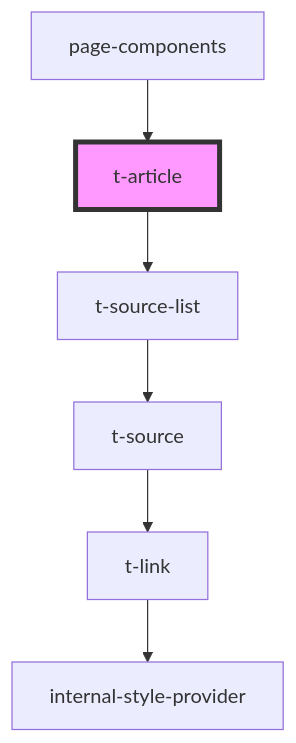
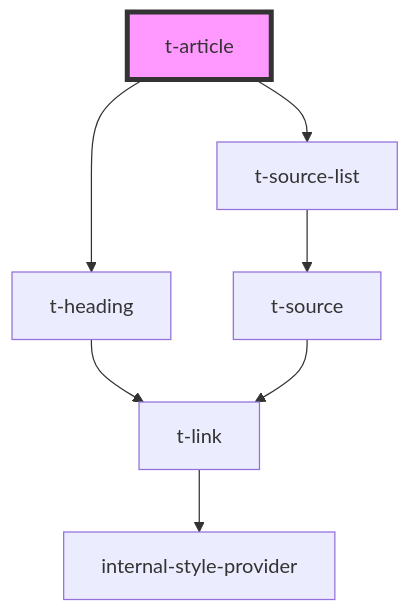
One commit to TomasEng/web-components changed the diagram in packages/t-web-components/src/components/t-article/readme.md. Above: the diagram before and after it, drawn with Mermaid. The commit also changed other lines of this file and 27 other files, not shown here.

````diff
--- a/packages/t-web-components/src/components/t-article/readme.md
+++ b/packages/t-web-components/src/components/t-article/readme.md
@@ -26,9 +38,10 @@
 ```mermaid
 graph TD;
+  t-article --> t-heading
   t-article --> t-source-list
+  t-heading --> t-link
+  t-link --> internal-style-provider
   t-source-list --> t-source
   t-source --> t-link
-  t-link --> internal-style-provider
-  page-components --> t-article
   style t-article fill:#f9f,stroke:#333,stroke-width:4px
 ```
````
